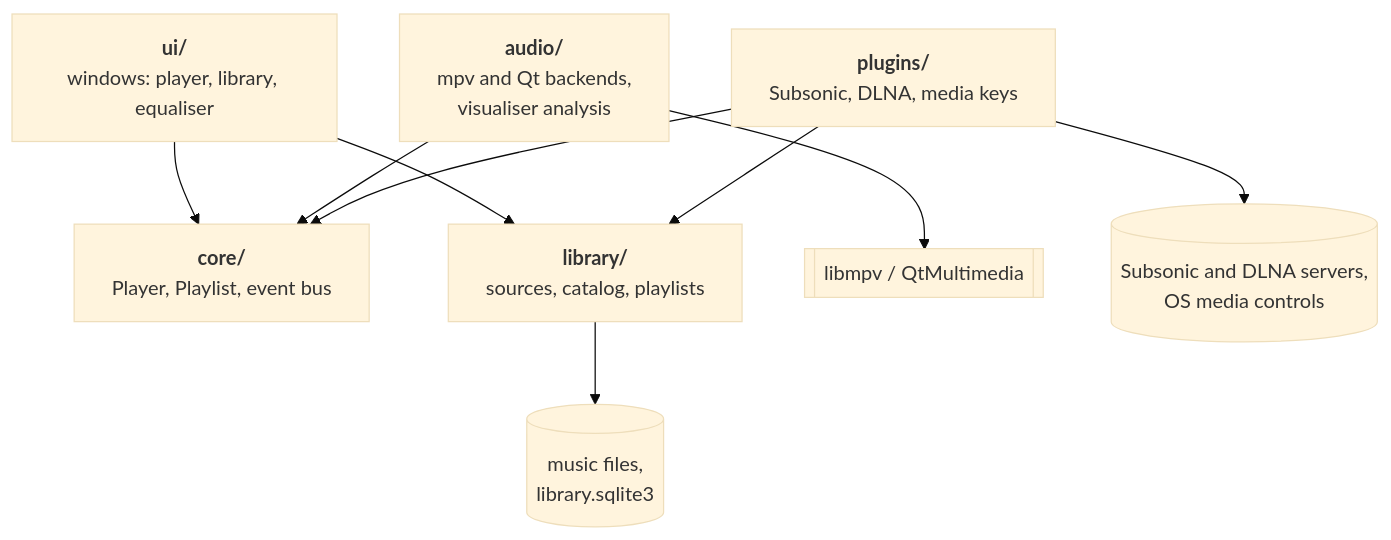
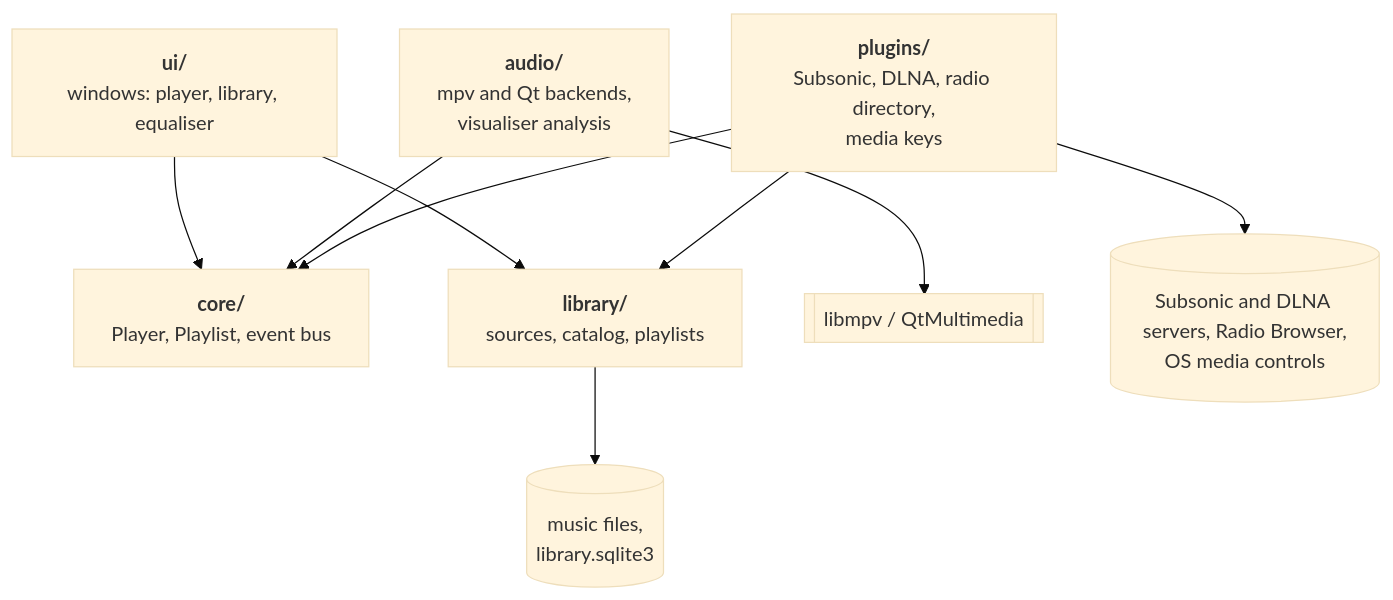
Before and after one commit to kamranzafar/pyamp: the diagram in README.md, drawn with Mermaid (base theme). The commit also changed other lines of this file and 2 other files, not shown here.

````diff
--- a/README.md
+++ b/README.md
@@ -431,18 +440,18 @@
 ```mermaid
 flowchart TB
     ui["<b>ui/</b><br/>windows: player, library, equaliser"]
     core["<b>core/</b><br/>Player, Playlist, event bus"]
     audio["<b>audio/</b><br/>mpv and Qt backends,<br/>visualiser analysis"]
     library["<b>library/</b><br/>sources, catalog, playlists"]
-    plugins["<b>plugins/</b><br/>Subsonic, DLNA, media keys"]
+    plugins["<b>plugins/</b><br/>Subsonic, DLNA, radio directory,<br/>media keys"]
 
     ui --> core
     ui --> library
     audio --> core
     plugins --> core
     plugins --> library
 
     audio --> engines[["libmpv / QtMultimedia"]]
     library --> data[("music files,<br/>library.sqlite3")]
-    plugins --> remote[("Subsonic and DLNA servers,<br/>OS media controls")]
+    plugins --> remote[("Subsonic and DLNA servers, Radio Browser,<br/>OS media controls")]
 ```
````
